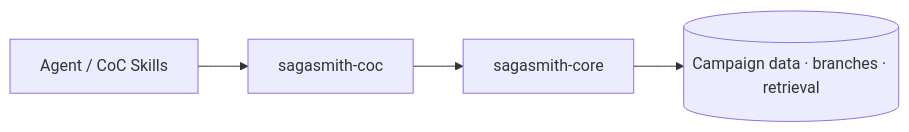
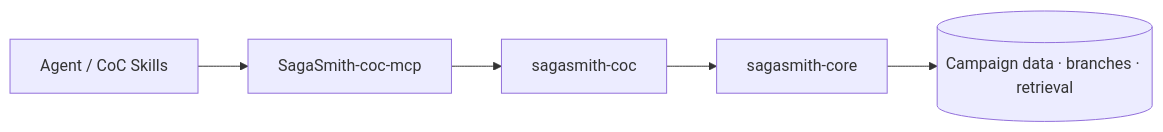
The diagram in README-en.md (SagaSmithAI/Sagasmith-coc), drawn with Mermaid before and after one commit. The commit also changed other lines of this file and 1 other file, not shown here.

Commit message:
docs: publish independent CoC MCP path

````diff
--- a/README-en.md
+++ b/README-en.md
@@ -11,6 +11,7 @@
 ```mermaid
 flowchart LR
-    A[Agent / CoC Skills] --> C[sagasmith-coc]
+    A[Agent / CoC Skills] --> M[SagaSmith-coc-mcp]
+    M --> C[sagasmith-coc]
     C --> B[sagasmith-core]
     B --> D[(Campaign data · branches · retrieval)]
 ```
````
